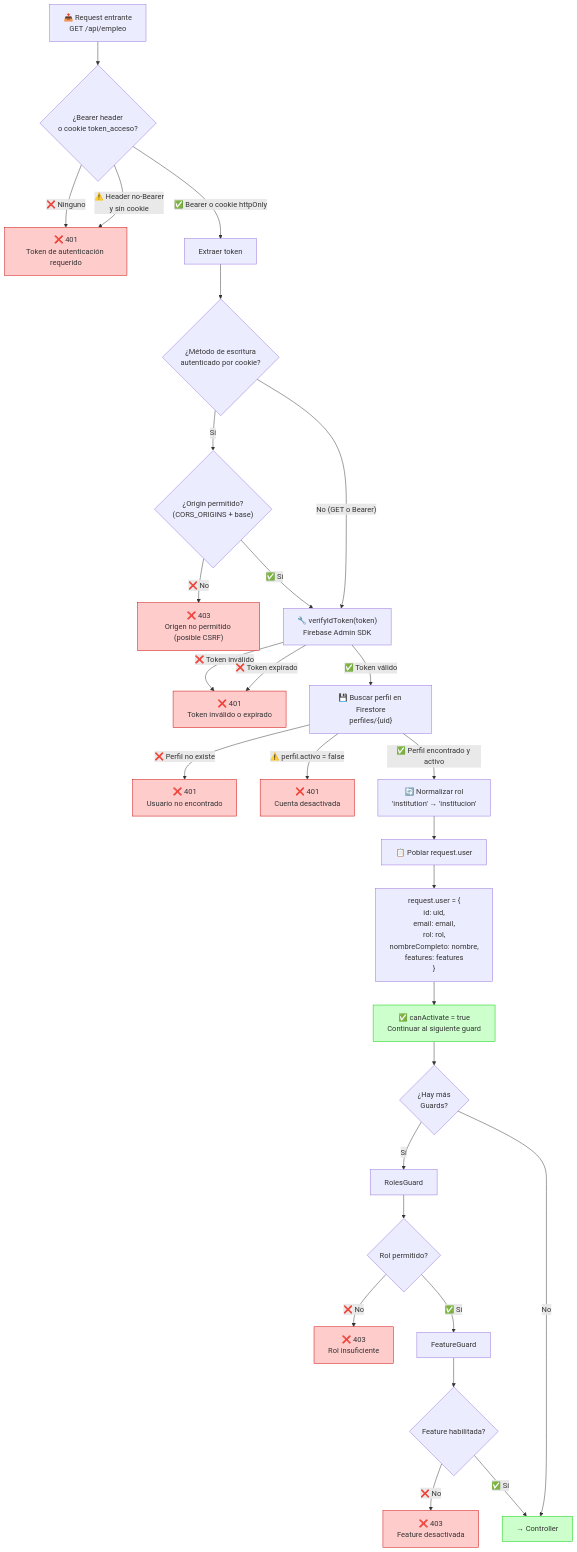
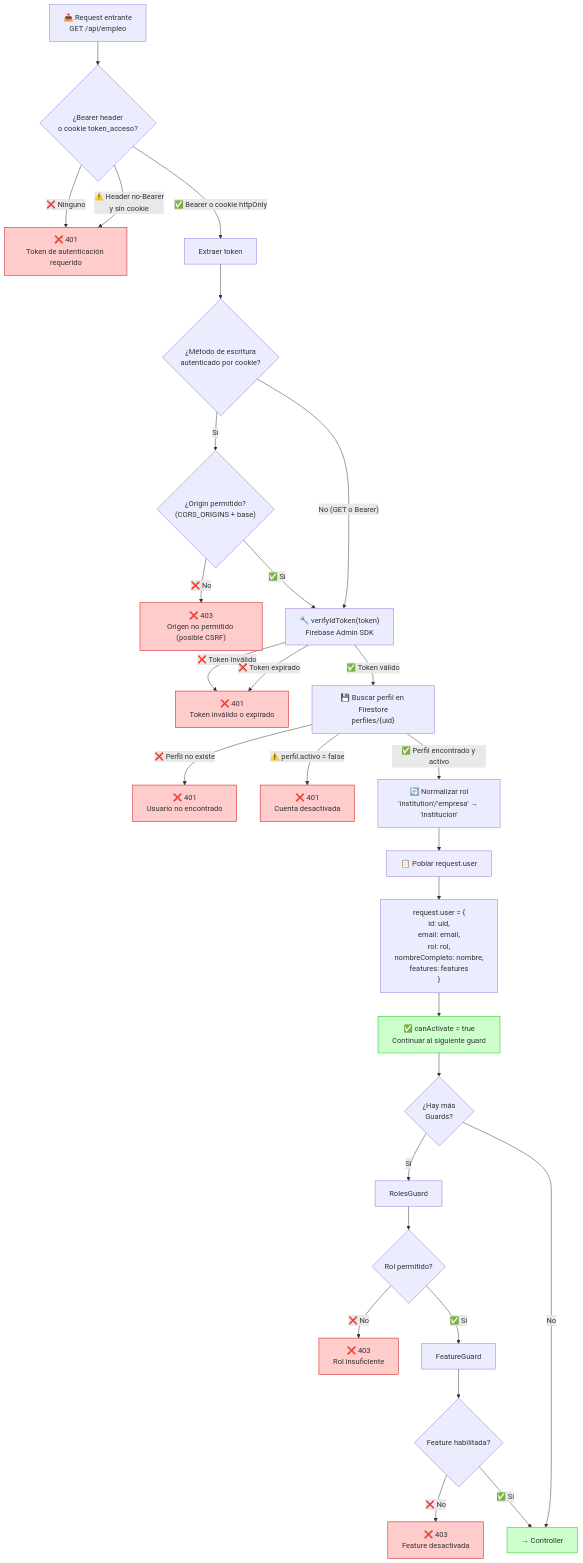
One commit to Isael7w7/raices-backend changed the sixth of 12 diagrams in docs/AUTH-FLOW.md. Above: the diagram before and after it, drawn with Mermaid. The commit also changed other lines of this file and 4 other files, not shown here.

````diff
--- a/docs/AUTH-FLOW.md
+++ b/docs/AUTH-FLOW.md
@@ -443,51 +445,51 @@
 ```mermaid
 flowchart TD
     Start["📥 Request entrante<br/>GET /api/empleo"] --> Source{"¿Bearer header<br/>o cookie token_acceso?"}
     
     Source -->|"❌ Ninguno"| Err1["❌ 401<br/>Token de autenticación requerido"]
     Source -->|"⚠️ Header no-Bearer<br/>y sin cookie"| Err1
     Source -->|"✅ Bearer <token> o cookie httpOnly"| Extract["Extraer token"]
     
     Extract --> Csrf{"¿Método de escritura<br/>autenticado por cookie?"}
     Csrf -->|"Sí"| OriginCheck{"¿Origin permitido?<br/>(CORS_ORIGINS + base)"}
     OriginCheck -->|"❌ No"| ErrCsrf["❌ 403<br/>Origen no permitido (posible CSRF)"]
     OriginCheck -->|"✅ Sí"| Verify["🔧 verifyIdToken(token)<br/>Firebase Admin SDK"]
     Csrf -->|"No (GET o Bearer)"| Verify
     
     Verify -->|"❌ Token inválido"| Err2["❌ 401<br/>Token inválido o expirado"]
     Verify -->|"❌ Token expirado"| Err2
     Verify -->|"✅ Token válido"| Lookup["💾 Buscar perfil en Firestore<br/>perfiles/{uid}"]
     
     Lookup -->|"❌ Perfil no existe"| Err3["❌ 401<br/>Usuario no encontrado"]
     Lookup -->|"⚠️ perfil.activo = false"| Err4["❌ 401<br/>Cuenta desactivada"]
-    Lookup -->|"✅ Perfil encontrado y activo"| Normalize["🔄 Normalizar rol<br/>'institution' → 'institucion'"]
+    Lookup -->|"✅ Perfil encontrado y activo"| Normalize["🔄 Normalizar rol<br/>'institution'/'empresa' → 'institucion'"]
     
     Normalize --> Populate["📋 Poblar request.user"]
     
     Populate --> UserData["request.user = {<br/>  id: uid,<br/>  email: email,<br/>  rol: rol,<br/>  nombreCompleto: nombre,<br/>  features: features<br/>}"]
     
     UserData --> Pass["✅ canActivate = true<br/>Continuar al siguiente guard"]
     
     Pass --> NextGuard{"¿Hay más<br/>Guards?"}
     
     NextGuard -->|"Sí"| RolesGuard["RolesGuard"]
     NextGuard -->|"No"| Controller["→ Controller"]
     
     RolesGuard --> RoleCheck{"Rol permitido?"}
     RoleCheck -->|"❌ No"| Err5["❌ 403<br/>Rol insuficiente"]
     RoleCheck -->|"✅ Sí"| FeatureGuard["FeatureGuard"]
     
     FeatureGuard --> FeatureCheck{"Feature habilitada?"}
     FeatureCheck -->|"❌ No"| Err6["❌ 403<br/>Feature desactivada"]
     FeatureCheck -->|"✅ Sí"| Controller
 
     style Err1 fill:#ffcccc,stroke:#cc0000
     style Err2 fill:#ffcccc,stroke:#cc0000
     style ErrCsrf fill:#ffcccc,stroke:#cc0000
     style Err3 fill:#ffcccc,stroke:#cc0000
     style Err4 fill:#ffcccc,stroke:#cc0000
     style Err5 fill:#ffcccc,stroke:#cc0000
     style Err6 fill:#ffcccc,stroke:#cc0000
     style Controller fill:#ccffcc,stroke:#00cc00
     style Pass fill:#ccffcc,stroke:#00cc00
 ```
````
